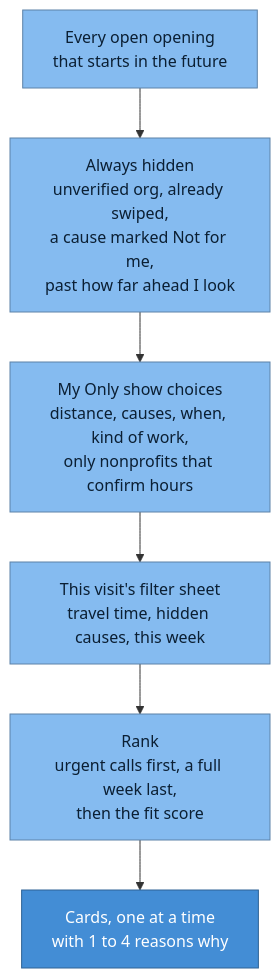
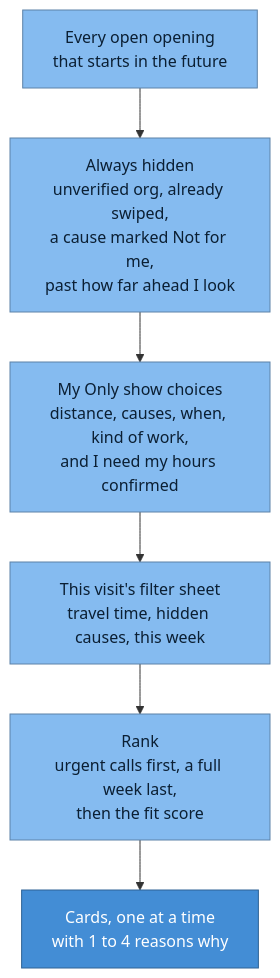
One commit to slegroux/causematch changed the sixth of 26 diagrams in docs/ARCHITECTURE.md. Above: the diagram before and after it, drawn with Mermaid. The commit also changed other lines of this file, not shown here.

First line of the commit message:
Architecture doc: I need my hours confirmed (#22), and review fixes

````diff
--- a/docs/ARCHITECTURE.md
+++ b/docs/ARCHITECTURE.md
@@ -325,16 +325,16 @@
 ```mermaid
 %%{init: {"flowchart": {"curve": "basis"}, "themeVariables": {"fontFamily": "Helvetica, Arial, sans-serif"}}}%%
 flowchart TB
     all["Every open opening<br/>that starts in the future"]
     hard["Always hidden<br/>unverified org, already swiped,<br/>a cause marked Not for me,<br/>past how far ahead I look"]
-    only["My Only show choices<br/>distance, causes, when, kind of work,<br/>only nonprofits that confirm hours"]
+    only["My Only show choices<br/>distance, causes, when, kind of work,<br/>and I need my hours confirmed"]
     sheet["This visit's filter sheet<br/>travel time, hidden causes, this week"]
     rank["Rank<br/>urgent calls first, a full week last,<br/>then the fit score"]
     cards["Cards, one at a time<br/>with 1 to 4 reasons why"]
     all --> hard --> only --> sheet --> rank --> cards
 
     classDef step fill:#85bbf0,stroke:#5d82a8,color:#0b1f33
     classDef key fill:#438dd5,stroke:#2e6295,color:#ffffff
     class all,hard,only,sheet,rank step
     class cards key
 ```
````
